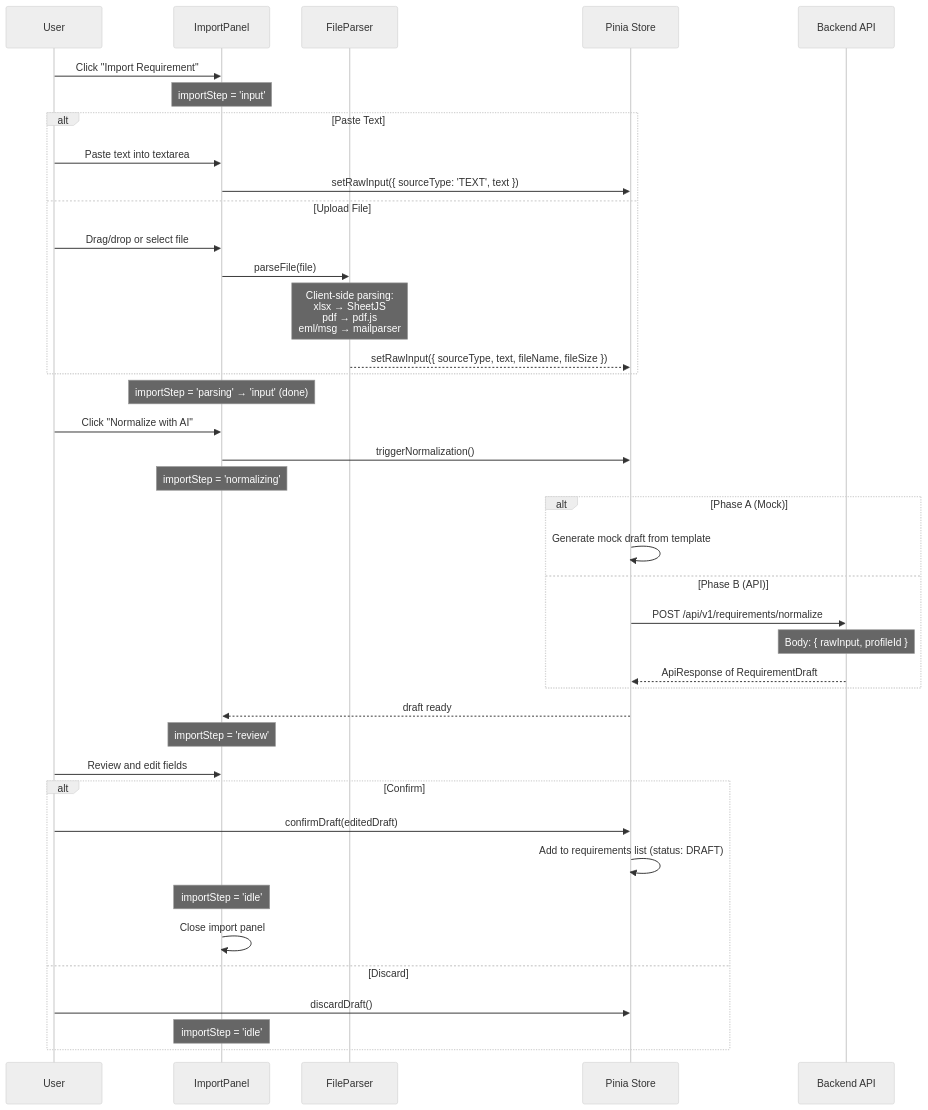
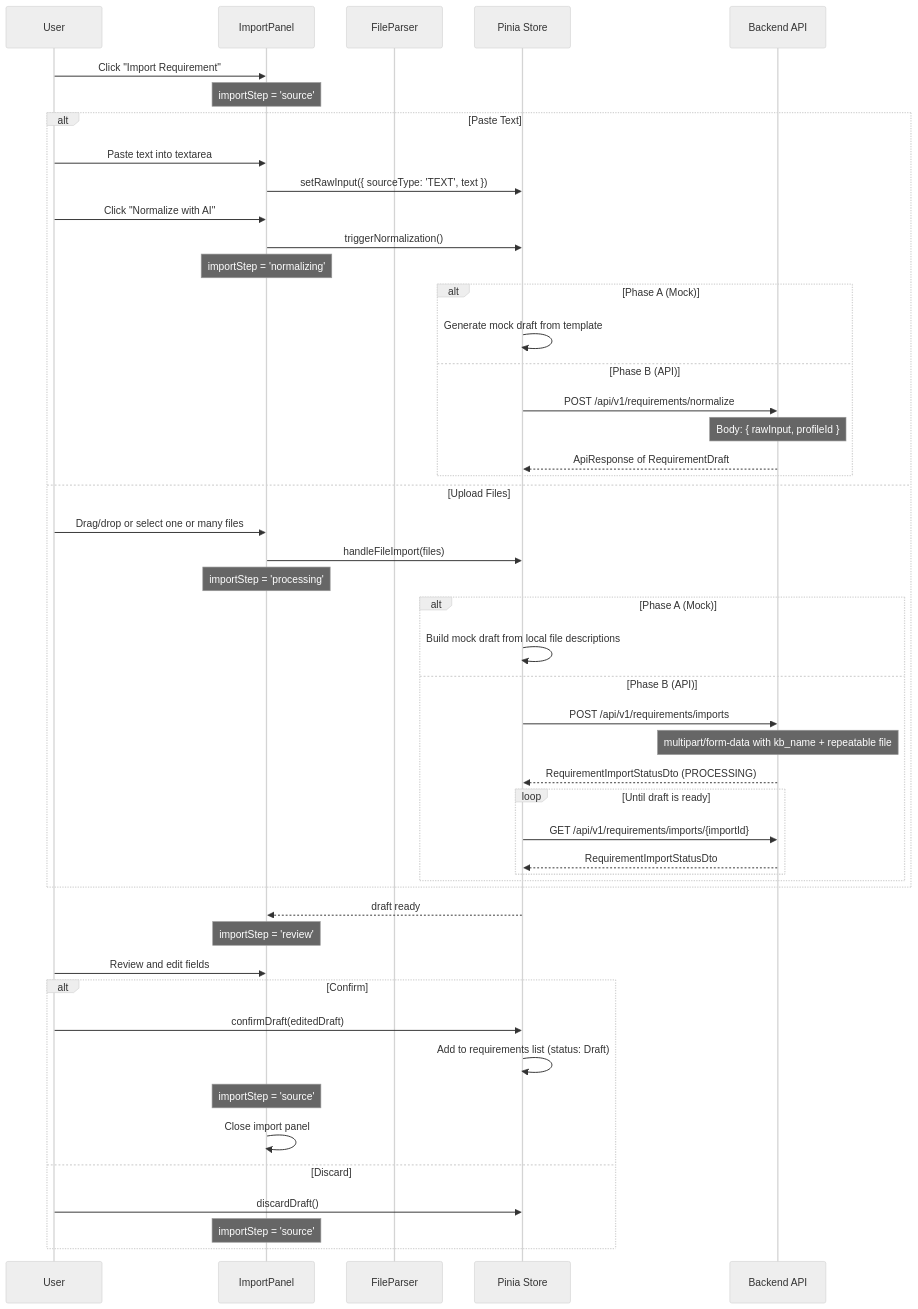
Before and after one commit to wwa-lab/Agentic-SDLC-Control-Tower: the tenth of 13 diagrams in docs/04-architecture/requirement-data-flow.md, drawn with Mermaid (neutral theme). The commit also changed other lines of this file and 95 other files, not shown here.

Commit message:
feat: add kb-backed requirement intake flow

````diff
--- a/docs/04-architecture/requirement-data-flow.md
+++ b/docs/04-architecture/requirement-data-flow.md
@@ -413,49 +423,59 @@
 ```mermaid
 sequenceDiagram
     participant User
     participant Panel as ImportPanel
     participant Parser as FileParser
     participant Store as Pinia Store
     participant API as Backend API
 
     User->>Panel: Click "Import Requirement"
-    Note over Panel: importStep = 'input'
+    Note over Panel: importStep = 'source'
 
     alt Paste Text
         User->>Panel: Paste text into textarea
         Panel->>Store: setRawInput({ sourceType: 'TEXT', text })
-    else Upload File
-        User->>Panel: Drag/drop or select file
-        Panel->>Parser: parseFile(file)
-        Note over Parser: Client-side parsing:<br/>xlsx → SheetJS<br/>pdf → pdf.js<br/>eml/msg → mailparser
-        Parser-->>Store: setRawInput({ sourceType, text, fileName, fileSize })
-    end
+        User->>Panel: Click "Normalize with AI"
+        Panel->>Store: triggerNormalization()
+        Note over Panel: importStep = 'normalizing'
 
-    Note over Panel: importStep = 'parsing' → 'input' (done)
-    User->>Panel: Click "Normalize with AI"
-    Panel->>Store: triggerNormalization()
-    Note over Panel: importStep = 'normalizing'
+        alt Phase A (Mock)
+            Store->>Store: Generate mock draft from template
+        else Phase B (API)
+            Store->>API: POST /api/v1/requirements/normalize
+            Note over API: Body: { rawInput, profileId }
+            API-->>Store: ApiResponse of RequirementDraft
+        end
+    else Upload Files
+        User->>Panel: Drag/drop or select one or many files
+        Panel->>Store: handleFileImport(files)
+        Note over Panel: importStep = 'processing'
 
-    alt Phase A (Mock)
-        Store->>Store: Generate mock draft from template
-    else Phase B (API)
-        Store->>API: POST /api/v1/requirements/normalize
-        Note over API: Body: { rawInput, profileId }
-        API-->>Store: ApiResponse of RequirementDraft
+        alt Phase A (Mock)
+            Store->>Store: Build mock draft from local file descriptions
+        else Phase B (API)
+            Store->>API: POST /api/v1/requirements/imports
+            Note over API: multipart/form-data with kb_name + repeatable file
+            API-->>Store: RequirementImportStatusDto (PROCESSING)
+
+            loop Until draft is ready
+                Store->>API: GET /api/v1/requirements/imports/{importId}
+                API-->>Store: RequirementImportStatusDto
+            end
+        end
     end
 
     Store-->>Panel: draft ready
     Note over Panel: importStep = 'review'
 
     User->>Panel: Review and edit fields
 
     alt Confirm
         User->>Store: confirmDraft(editedDraft)
-        Store->>Store: Add to requirements list (status: DRAFT)
-        Note over Panel: importStep = 'idle'
+        Store->>Store: Add to requirements list (status: Draft)
+        Note over Panel: importStep = 'source'
         Panel->>Panel: Close import panel
     else Discard
         User->>Store: discardDraft()
-        Note over Panel: importStep = 'idle'
+        Note over Panel: importStep = 'source'
     end
 ```
````
